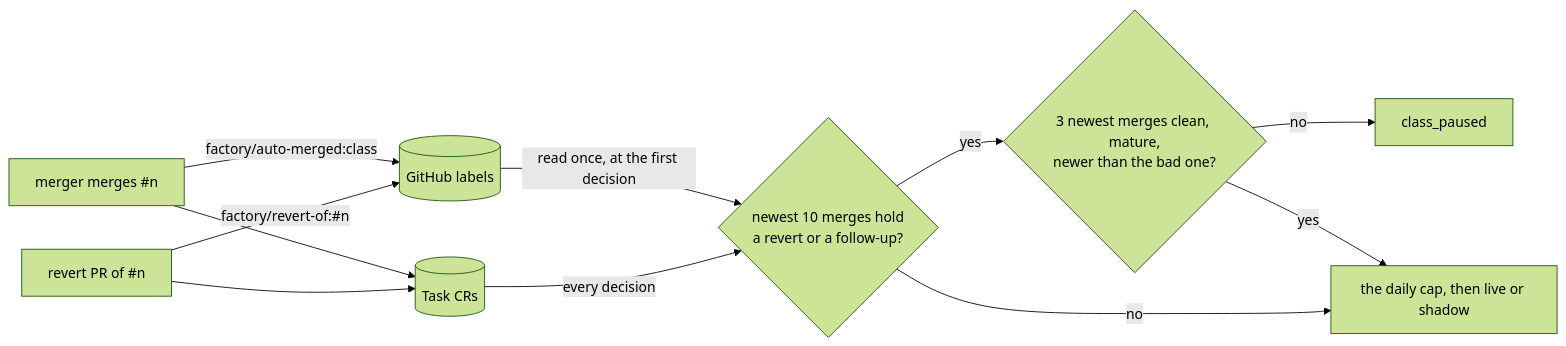
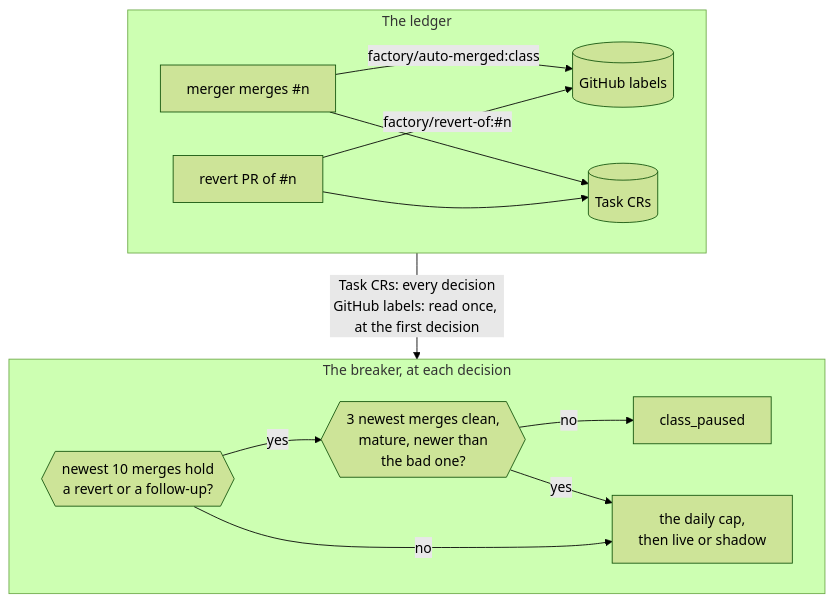
One commit to Smana/ai-native-ref changed the fourth of 4 diagrams in website/content/docs/platform/ai-platform/agents/how-it-works/agents-and-merge-gate.md. Above: the diagram before and after it, drawn with Mermaid (forest theme). The commit also changed other lines of this file and 4 other files, not shown here.

First line of the commit message:
docs(site): reshape the long mermaid diagrams so they read at page width (#278)

````diff
--- a/website/content/docs/platform/ai-platform/agents/how-it-works/agents-and-merge-gate.md
+++ b/website/content/docs/platform/ai-platform/agents/how-it-works/agents-and-merge-gate.md
@@ -283,13 +310,19 @@
 ```mermaid
-flowchart LR
-  merged["merger merges #n"] -->|"factory/auto-merged:class"| gh[("GitHub labels")]
-  revert["revert PR of #n"] -->|"factory/revert-of:#n"| gh
-  merged --> tasks[("Task CRs")]
-  revert --> tasks
-  gh -->|"read once, at the first decision"| breaker{"newest 10 merges hold<br/>a revert or a follow-up?"}
-  tasks -->|"every decision"| breaker
-  breaker -->|"yes"| recover{"3 newest merges clean, mature,<br/>newer than the bad one?"}
-  recover -->|"no"| paused["class_paused"]
-  recover -->|"yes"| next
-  breaker -->|"no"| next["the daily cap, then live or shadow"]
+flowchart TB
+  subgraph ledger["The ledger"]
+    direction LR
+    merged["merger merges #n"] -->|"factory/auto-merged:class"| gh[("GitHub labels")]
+    revert["revert PR of #n"] -->|"factory/revert-of:#n"| gh
+    merged --> tasks[("Task CRs")]
+    revert --> tasks
+  end
+  subgraph decide["The breaker, at each decision"]
+    direction LR
+    breaker{{"newest 10 merges hold<br/>a revert or a follow-up?"}}
+    breaker -->|"yes"| recover{{"3 newest merges clean,<br/>mature, newer than<br/>the bad one?"}}
+    recover -->|"no"| paused["class_paused"]
+    recover -->|"yes"| next
+    breaker -->|"no"| next["the daily cap,<br/>then live or shadow"]
+  end
+  ledger -->|"Task CRs: every decision<br/>GitHub labels: read once, at the first decision"| decide
 ```
````
